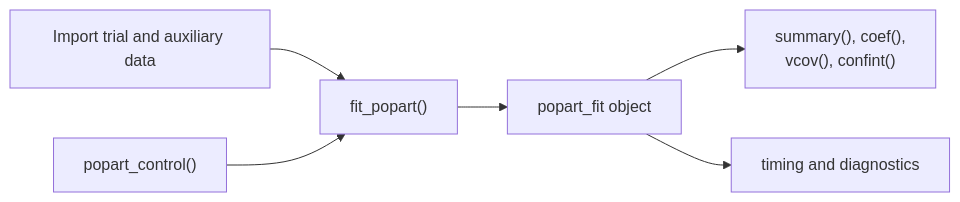
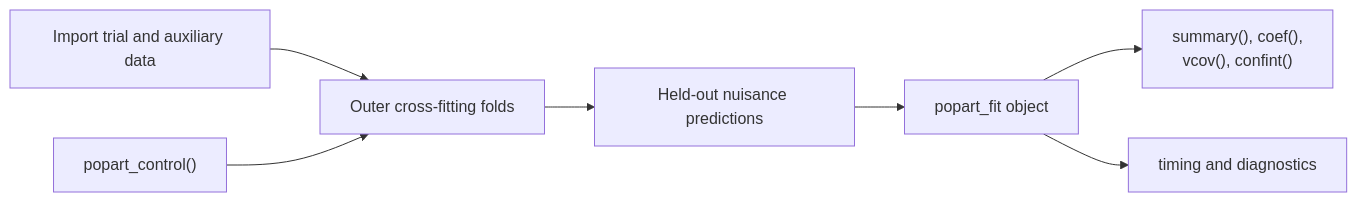
Before and after one commit to zhitanhe21/PopART: the first of 2 diagrams in README.md, drawn with Mermaid. The commit also changed other lines of this file and 22 other files, not shown here.

Commit message:
Add outer cross-fitting and release-ready documentation

````diff
--- a/README.md
+++ b/README.md
@@ -10,8 +104,9 @@
-```mermaid
+``` mermaid
 flowchart LR
-    DATA["Import trial and auxiliary data"] --> FIT["fit_popart()"]
-    CONTROL["popart_control()"] --> FIT
+    DATA["Import trial and auxiliary data"] --> SPLIT["Outer cross-fitting folds"]
+    SPLIT --> FIT["Held-out nuisance predictions"]
+    CONTROL["popart_control()"] --> SPLIT
     FIT --> OBJECT["popart_fit object"]
     OBJECT --> RESULTS["summary(), coef(),<br/>vcov(), confint()"]
     OBJECT --> DIAG["timing and diagnostics"]
 ```
````
